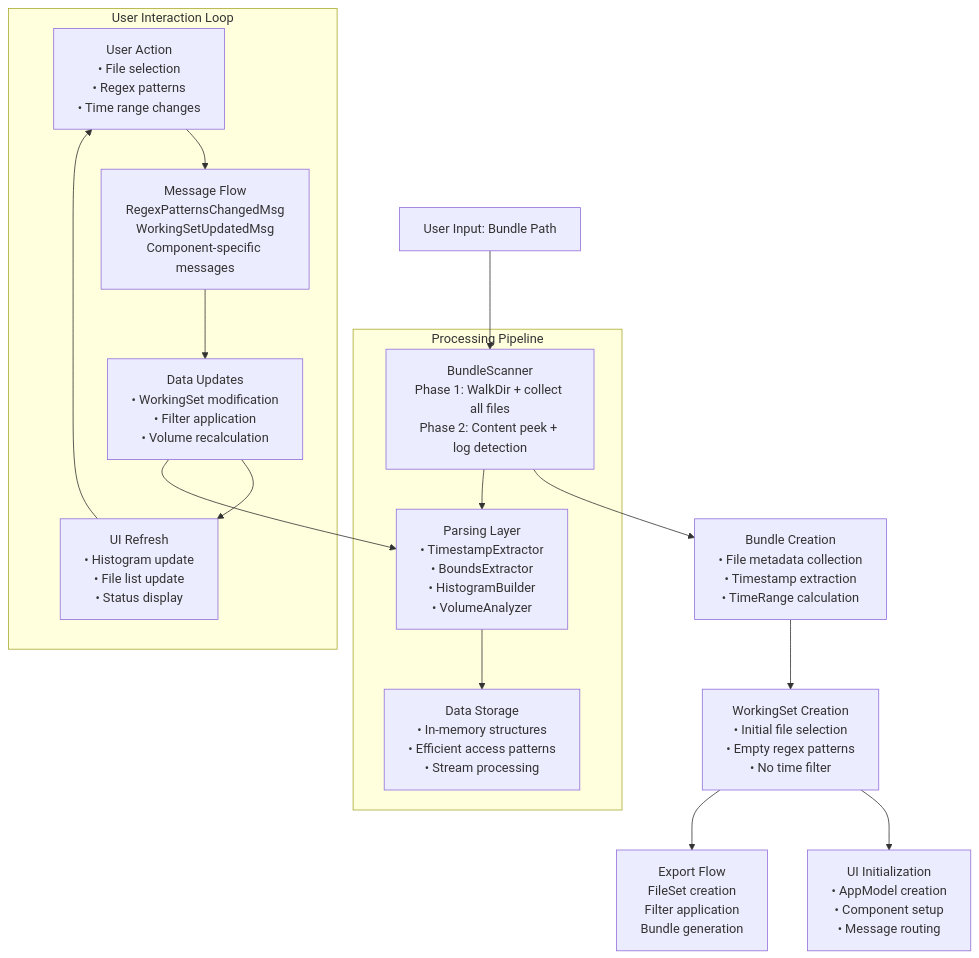
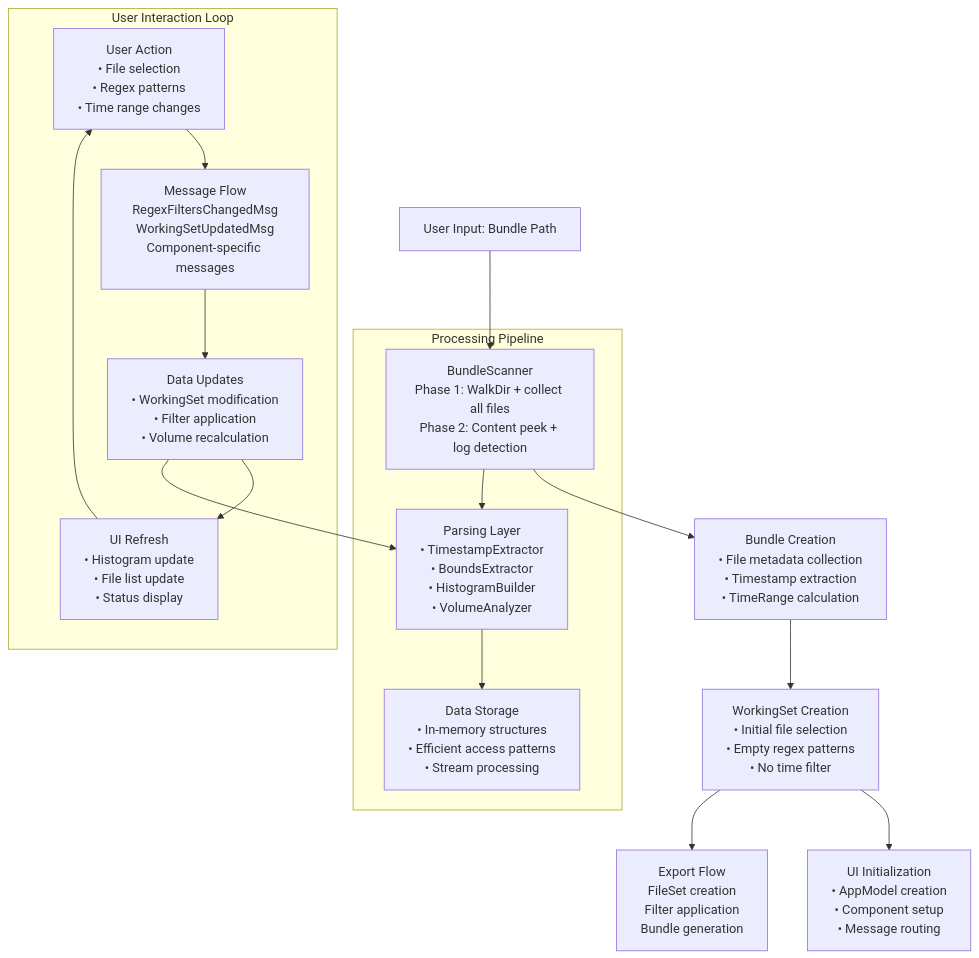
Before and after one commit to cheerioskun/logninja: the second of 3 diagrams in STATUS.md, drawn with Mermaid. The commit also changed other lines of this file and 7 other files, not shown here.

````diff
--- a/STATUS.md
+++ b/STATUS.md
@@ -88,33 +88,33 @@
 ```mermaid
 graph TD
     Input["User Input: Bundle Path"] --> Scanner["BundleScanner<br/>Phase 1: WalkDir + collect all files<br/>Phase 2: Content peek + log detection"]
     
     Scanner --> Bundle["Bundle Creation<br/>• File metadata collection<br/>• Timestamp extraction<br/>• TimeRange calculation"]
     
     Bundle --> WorkingSet["WorkingSet Creation<br/>• Initial file selection<br/>• Empty regex patterns<br/>• No time filter"]
     
     WorkingSet --> UI["UI Initialization<br/>• AppModel creation<br/>• Component setup<br/>• Message routing"]
     
     subgraph "User Interaction Loop"
         UserAction["User Action<br/>• File selection<br/>• Regex patterns<br/>• Time range changes"] 
         
-        UserAction --> MessageFlow["Message Flow<br/>RegexPatternsChangedMsg<br/>WorkingSetUpdatedMsg<br/>Component-specific messages"]
+        UserAction --> MessageFlow["Message Flow<br/>RegexFiltersChangedMsg<br/>WorkingSetUpdatedMsg<br/>Component-specific messages"]
         
         MessageFlow --> DataUpdate["Data Updates<br/>• WorkingSet modification<br/>• Filter application<br/>• Volume recalculation"]
         
         DataUpdate --> UIRefresh["UI Refresh<br/>• Histogram update<br/>• File list update<br/>• Status display"]
         
         UIRefresh --> UserAction
     end
     
     subgraph "Processing Pipeline"
         Parsing["Parsing Layer<br/>• TimestampExtractor<br/>• BoundsExtractor<br/>• HistogramBuilder<br/>• VolumeAnalyzer"]
         
         Scanner --> Parsing
         DataUpdate --> Parsing
         
         Parsing --> Storage["Data Storage<br/>• In-memory structures<br/>• Efficient access patterns<br/>• Stream processing"]
     end
     
     WorkingSet --> Export["Export Flow<br/>FileSet creation<br/>Filter application<br/>Bundle generation"]
 ```
````
